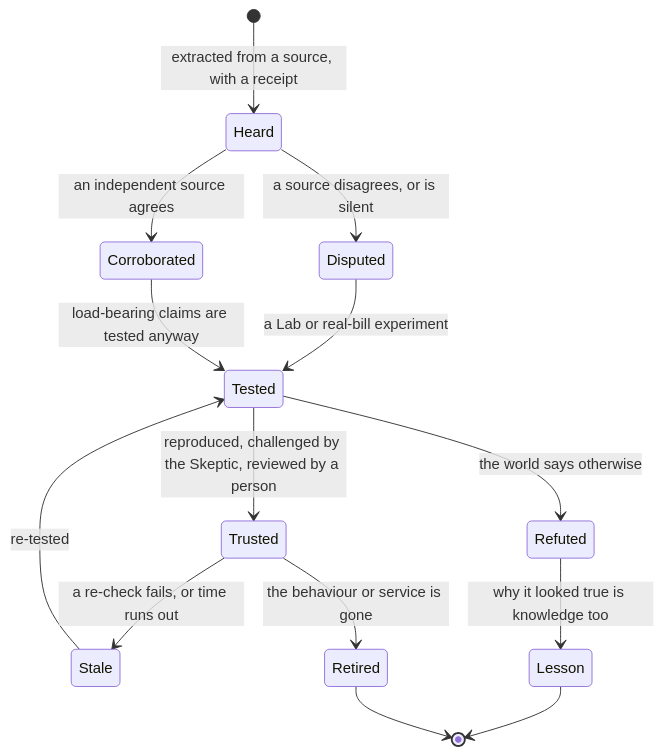
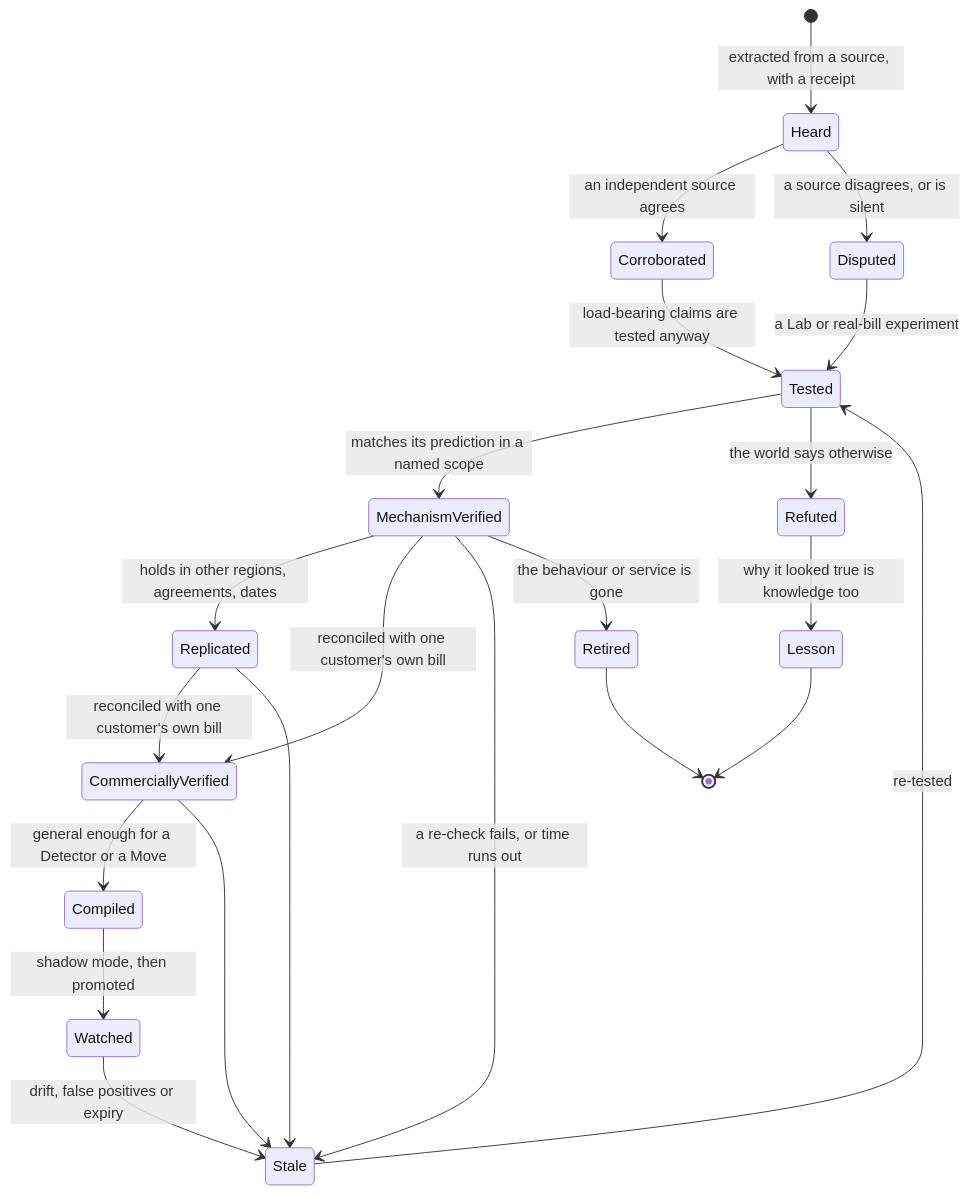
One commit to tinodo/meternaut changed the first of 2 diagrams in docs/02-learning-azure.md. Above: the diagram before and after it, drawn with Mermaid. The commit also changed other lines of this file and 28 other files, not shown here.

````diff
--- a/docs/02-learning-azure.md
+++ b/docs/02-learning-azure.md
@@ -149,16 +153,24 @@
 ```mermaid
 stateDiagram-v2
     [*] --> Heard: extracted from a source, with a receipt
     Heard --> Corroborated: an independent source agrees
     Heard --> Disputed: a source disagrees, or is silent
     Disputed --> Tested: a Lab or real-bill experiment
     Corroborated --> Tested: load-bearing claims are tested anyway
-    Tested --> Trusted: reproduced, challenged by the Skeptic, reviewed by a person
+    Tested --> MechanismVerified: matches its prediction in a named scope
     Tested --> Refuted: the world says otherwise
-    Trusted --> Stale: a re-check fails, or time runs out
+    MechanismVerified --> Replicated: holds in other regions, agreements, dates
+    MechanismVerified --> CommerciallyVerified: reconciled with one customer's own bill
+    Replicated --> CommerciallyVerified: reconciled with one customer's own bill
+    CommerciallyVerified --> Compiled: general enough for a Detector or a Move
+    Compiled --> Watched: shadow mode, then promoted
+    MechanismVerified --> Stale: a re-check fails, or time runs out
+    Replicated --> Stale
+    CommerciallyVerified --> Stale
+    Watched --> Stale: drift, false positives or expiry
     Stale --> Tested: re-tested
     Refuted --> Lesson: why it looked true is knowledge too
-    Trusted --> Retired: the behaviour or service is gone
+    MechanismVerified --> Retired: the behaviour or service is gone
     Lesson --> [*]
     Retired --> [*]
 ```
````
